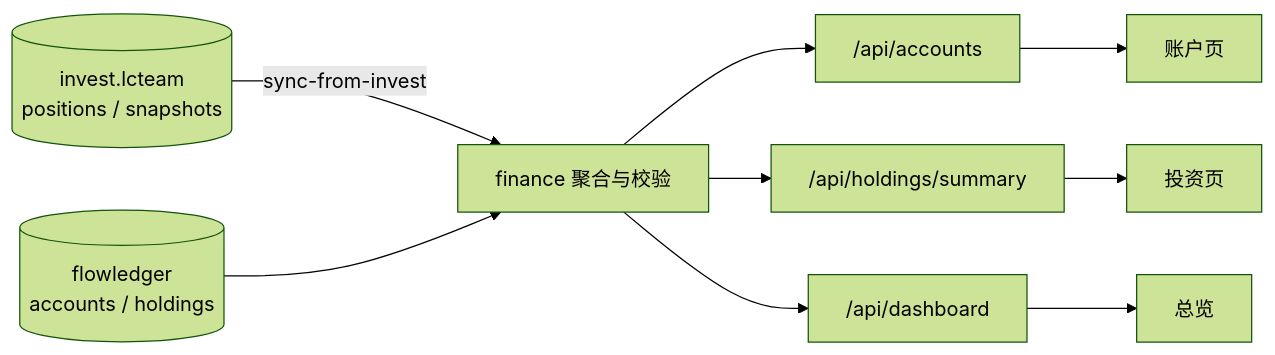
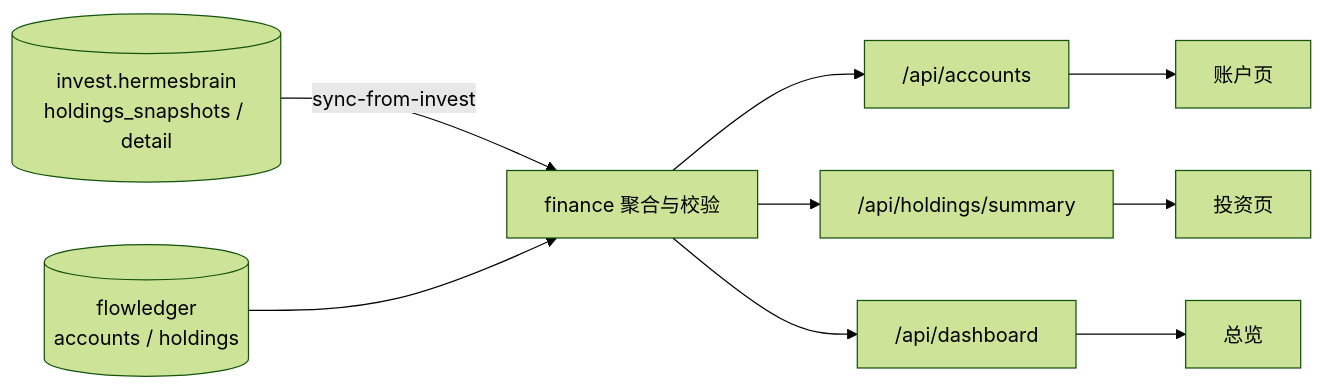
One commit to ExpeQiu/FlowLedger changed the first of 2 diagrams in guide/architecture.md. Above: the diagram before and after it, drawn with Mermaid (forest theme). The commit also changed other lines of this file and 22 other files, not shown here.

````diff
--- a/guide/architecture.md
+++ b/guide/architecture.md
@@ -38,11 +38,11 @@
 ```mermaid
 flowchart LR
-  InvestDB[(invest.lcteam<br/>positions / snapshots)] -->|sync-from-invest| Svc[finance 聚合与校验]
+  InvestDB[(invest.hermesbrain<br/>holdings_snapshots / detail)] -->|sync-from-invest| Svc[finance 聚合与校验]
   FLDB[(flowledger<br/>accounts / holdings)] --> Svc
   Svc --> AccAPI["/api/accounts"]
   Svc --> HolAPI["/api/holdings/summary"]
   Svc --> Dash["/api/dashboard"]
   AccAPI --> WebAcc[账户页]
   HolAPI --> WebInv[投资页]
   Dash --> WebHome[总览]
 ```
````
